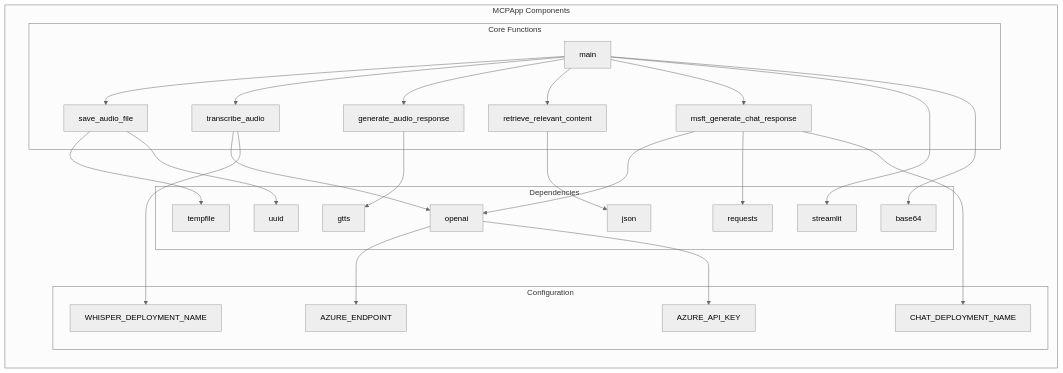
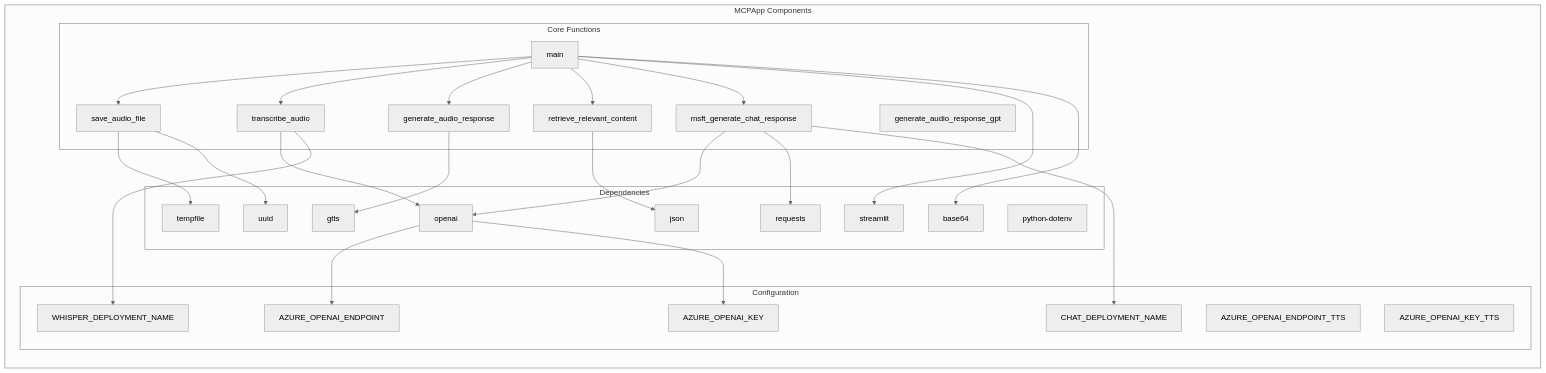
The second of 7 diagrams in ARCHITECTURE.md (balakreshnan/mcpapp), drawn with Mermaid (neutral theme) before and after one commit. The commit also changed other lines of this file and 5 other files, not shown here.

Commit message:
Update documentation to reflect new Azure OpenAI TTS and enhanced MCP integration

````diff
--- a/ARCHITECTURE.md
+++ b/ARCHITECTURE.md
@@ -71,52 +71,56 @@
 ```mermaid
 graph LR
     subgraph "MCPApp Components"
         subgraph "Core Functions"
             F1[save_audio_file]
             F2[transcribe_audio]
             F3[generate_audio_response]
+            F3B[generate_audio_response_gpt]
             F4[retrieve_relevant_content]
             F5[msft_generate_chat_response]
             F6[main]
         end
         
         subgraph "Dependencies"
             D1[streamlit]
             D2[openai]
             D3[gtts]
             D4[json]
             D5[requests]
             D6[base64]
             D7[tempfile]
             D8[uuid]
+            D9[python-dotenv]
         end
         
         subgraph "Configuration"
-            C1[AZURE_ENDPOINT]
-            C2[AZURE_API_KEY]
+            C1[AZURE_OPENAI_ENDPOINT]
+            C2[AZURE_OPENAI_KEY]
             C3[WHISPER_DEPLOYMENT_NAME]
             C4[CHAT_DEPLOYMENT_NAME]
+            C5[AZURE_OPENAI_ENDPOINT_TTS]
+            C6[AZURE_OPENAI_KEY_TTS]
         end
     end
     
     F6 --> F1
     F6 --> F2
     F6 --> F3
     F6 --> F4
     F6 --> F5
     
     F1 --> D7
     F1 --> D8
     F2 --> D2
     F3 --> D3
     F4 --> D4
     F5 --> D2
     F5 --> D5
     F6 --> D1
     F6 --> D6
     
     F2 --> C3
     F5 --> C4
     D2 --> C1
     D2 --> C2
 ```
````
